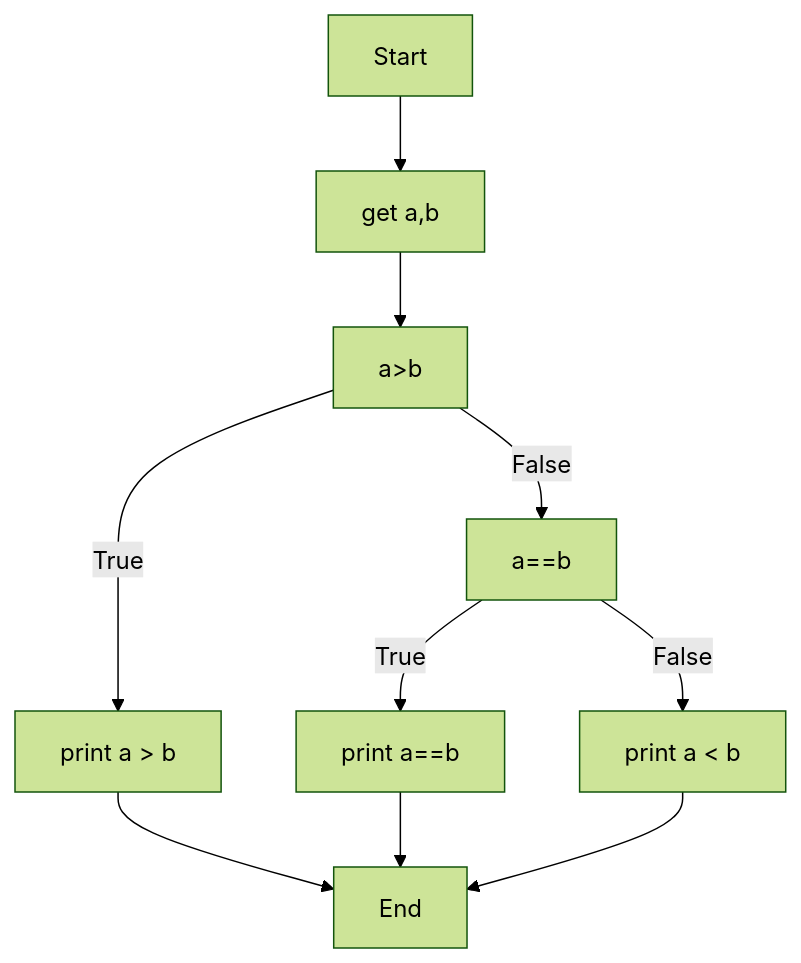
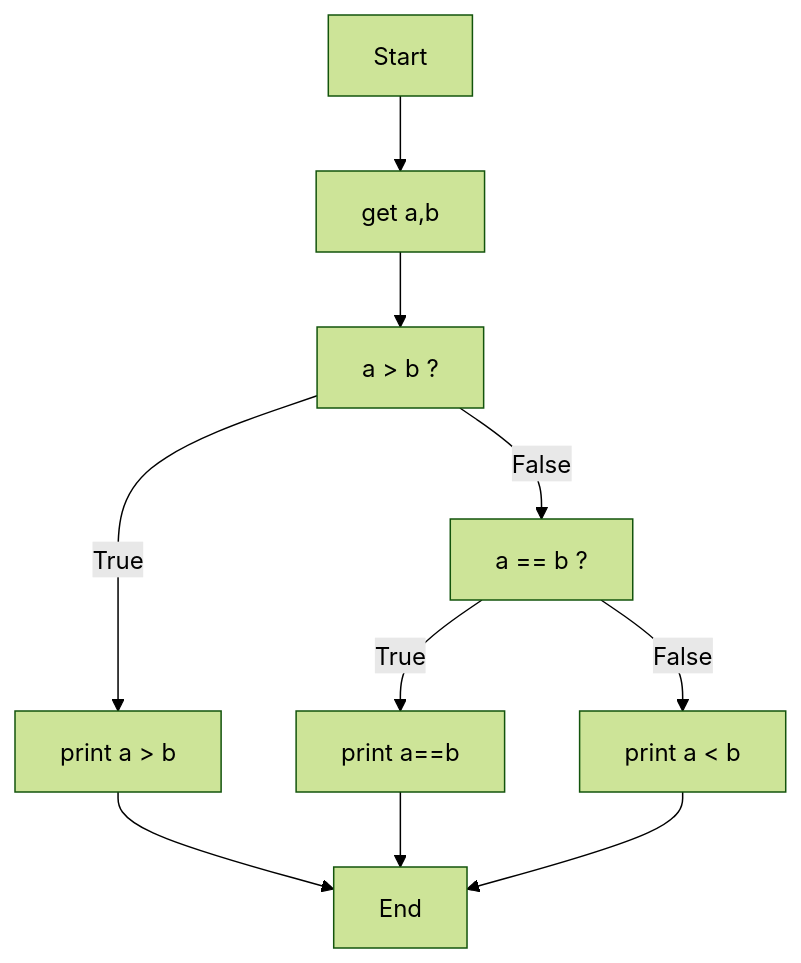
Before and after one commit to SK2iP/Workshop-Basic-CPP: the diagram in 1-Flowcharts/1-FindMax.md, drawn with Mermaid (forest theme). The commit also changed 2 other files, not shown here.

Commit message:
First commit in class

````diff
--- a/1-Flowcharts/1-FindMax.md
+++ b/1-Flowcharts/1-FindMax.md
@@ -1,12 +1,12 @@
 ```mermaid
 graph TD
     A[Start] --> B[get a,b]
-    B --> C[a>b]
+    B --> C[a > b ?]
     C -->|True| I[print a > b]
-    C -->|False| D[a==b]
+    C -->|False| D[a == b ?]
     D --> |True| F[print a==b]
     D -->|False| H[print a < b]
     I --> G[End]
     F --> G
     H --> G
 ```
````
